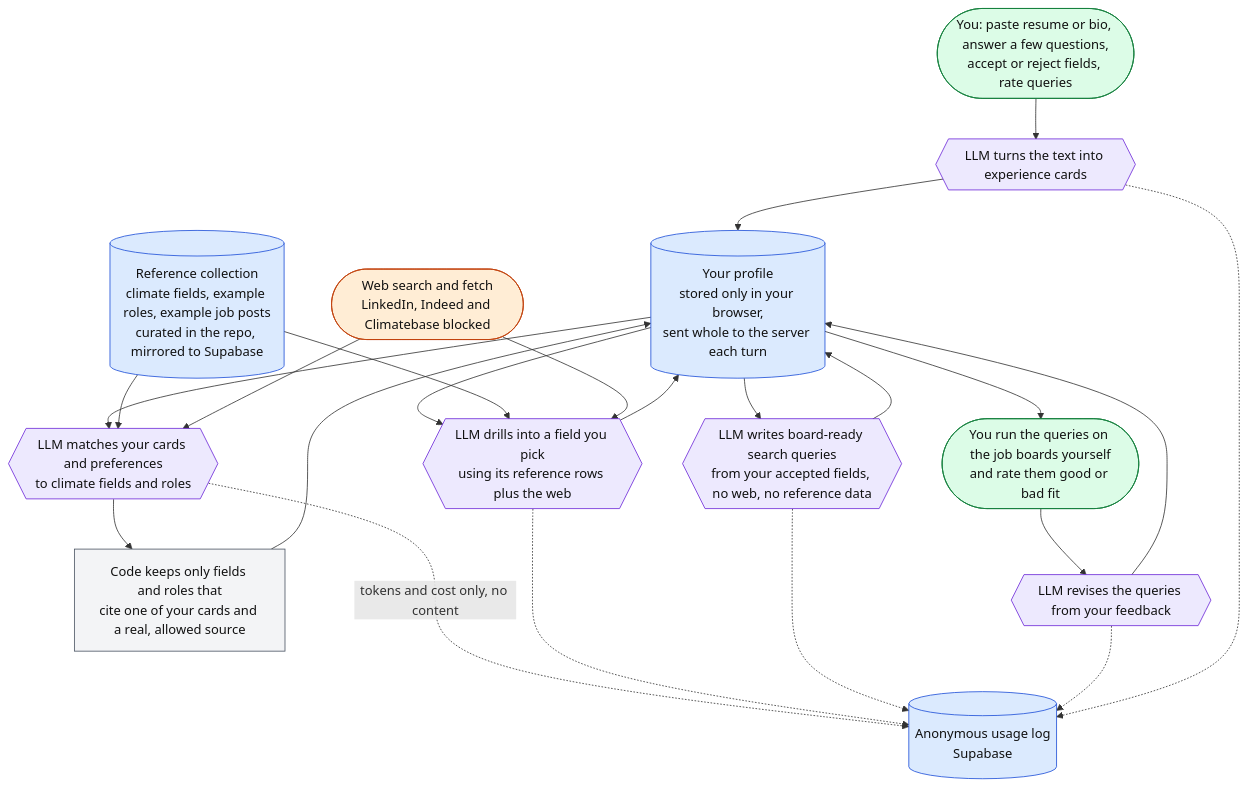
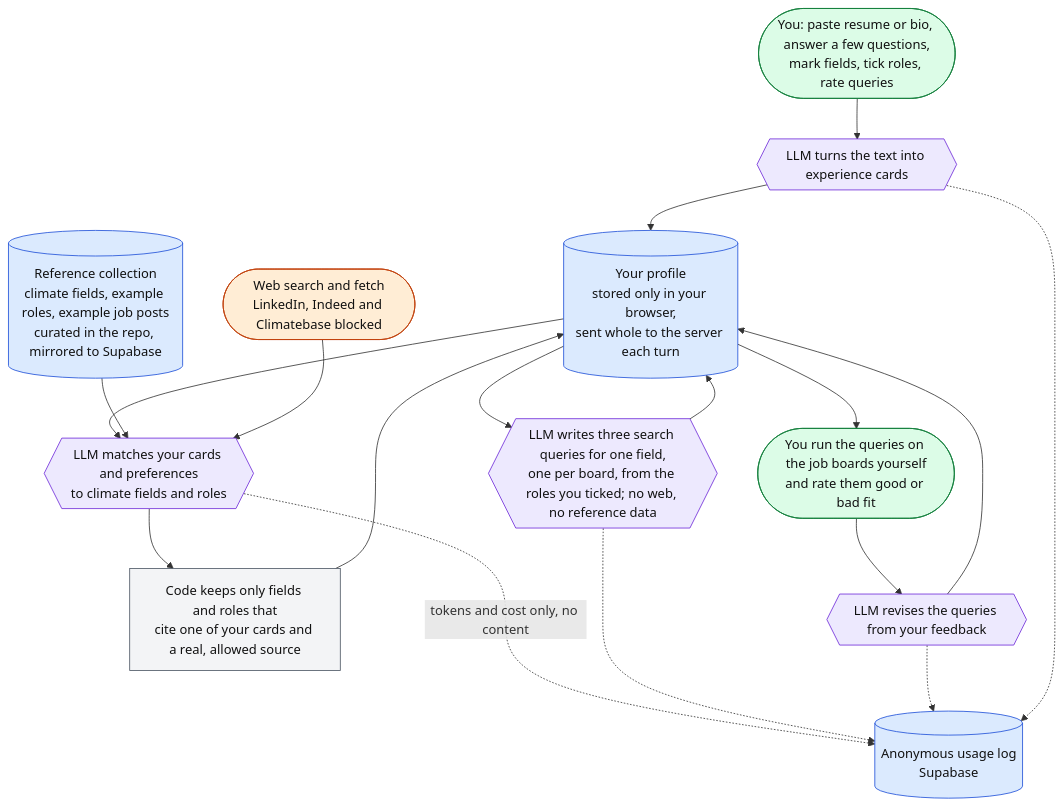
One commit to sibolu/climate-job-search changed the diagram in docs/data-flow.md. Above: the diagram before and after it, drawn with Mermaid. The commit also changed other lines of this file and 6 other files, not shown here.

````diff
--- a/docs/data-flow.md
+++ b/docs/data-flow.md
@@ -8,36 +8,30 @@
 ```mermaid
 flowchart TD
-  YOU(["You: paste resume or bio, answer a few questions,<br/>accept or reject fields, rate queries"]):::person
+  YOU(["You: paste resume or bio, answer a few questions,<br/>mark fields, tick roles, rate queries"]):::person
 
   YOU --> CARDS{{"LLM turns the text into experience cards"}}:::llm
   CARDS --> PROFILE[("Your profile<br/>stored only in your browser,<br/>sent whole to the server each turn")]:::store
 
   PROFILE --> DISCOVER{{"LLM matches your cards and preferences<br/>to climate fields and roles"}}:::llm
   REF[("Reference collection<br/>climate fields, example roles, example job posts<br/>curated in the repo, mirrored to Supabase")]:::store --> DISCOVER
   WEB(["Web search and fetch<br/>LinkedIn, Indeed and Climatebase blocked"]):::web --> DISCOVER
   DISCOVER --> CHECK["Code keeps only fields and roles that<br/>cite one of your cards and a real, allowed source"]:::code
   CHECK --> PROFILE
 
-  PROFILE --> EXPLORE{{"LLM drills into a field you pick<br/>using its reference rows plus the web"}}:::llm
-  REF --> EXPLORE
-  WEB --> EXPLORE
-  EXPLORE --> PROFILE
-
-  PROFILE --> QUERIES{{"LLM writes board-ready search queries<br/>from your accepted fields, no web, no reference data"}}:::llm
+  PROFILE --> QUERIES{{"LLM writes three search queries for one field,<br/>one per board, from the roles you ticked; no web, no reference data"}}:::llm
   QUERIES --> PROFILE
   PROFILE --> BOARDS(["You run the queries on the job boards yourself<br/>and rate them good or bad fit"]):::person
   BOARDS --> REVISE{{"LLM revises the queries from your feedback"}}:::llm
   REVISE --> PROFILE
 
   DISCOVER -. "tokens and cost only, no content" .-> USAGE[("Anonymous usage log<br/>Supabase")]:::store
-  EXPLORE -.-> USAGE
   QUERIES -.-> USAGE
   REVISE -.-> USAGE
   CARDS -.-> USAGE
 
   classDef person fill:#dcfce7,stroke:#15803d,color:#111
   classDef store fill:#dbeafe,stroke:#1d4ed8,color:#111
   classDef llm fill:#ede9fe,stroke:#6d28d9,color:#111
   classDef web fill:#ffedd5,stroke:#c2410c,color:#111
   classDef code fill:#f3f4f6,stroke:#4b5563,color:#111
 ```
````
